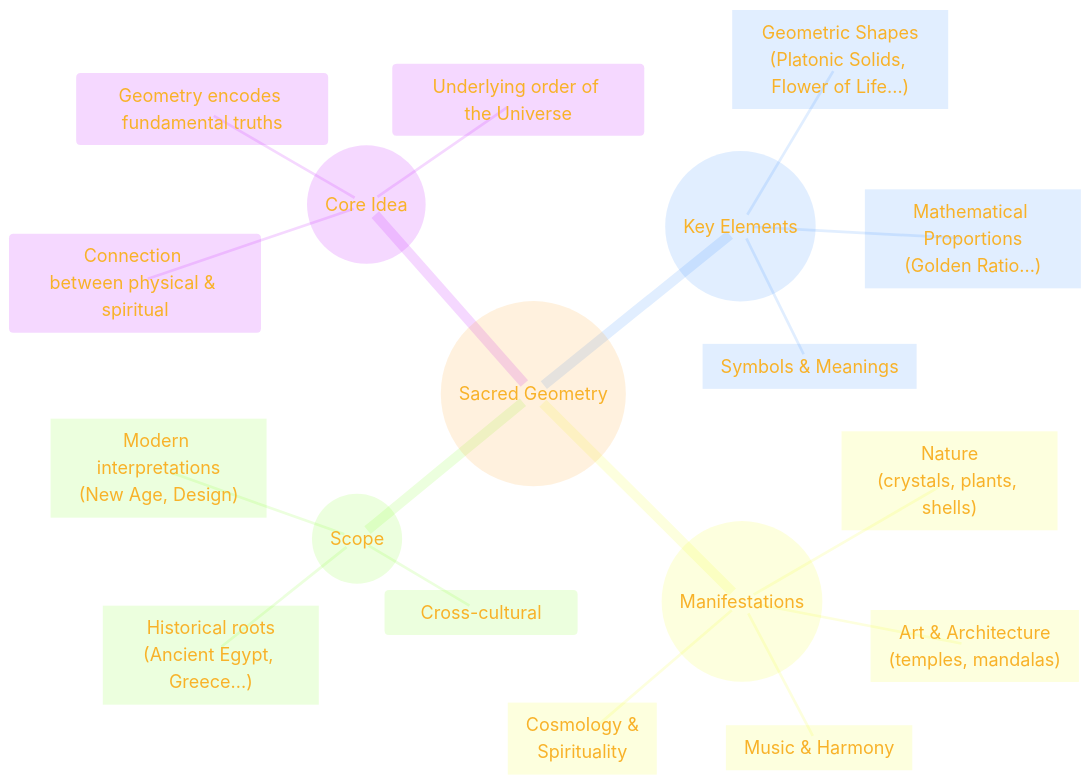
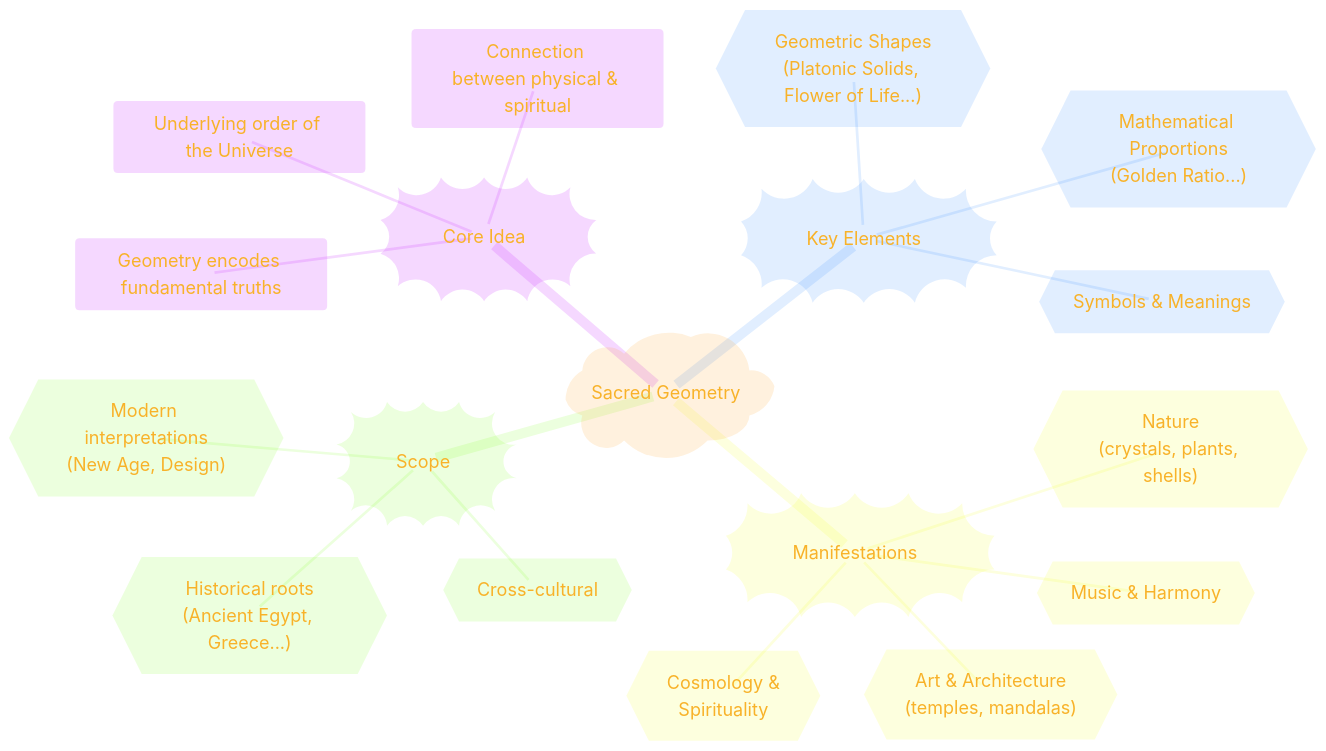
Before and after one commit to CongLeSolutionX/Harmonic_Atomica: the first of 7 diagrams in Understanding_Sacred_Geometry.md, drawn with Mermaid.

````diff
--- a/Understanding_Sacred_Geometry.md
+++ b/Understanding_Sacred_Geometry.md
@@ -27,51 +27,51 @@
 ```mermaid
 ---
 title: "The Blueprint of Existence?"
 author: "Cong Le"
 version: "1.0"
 license(s): "MIT, CC BY-SA 4.0"
 copyright: "Copyright (c) 2025 Cong Le. All Rights Reserved."
 config:
   theme: base
 ---
 %%%%%%%% Mermaid version v11.4.1-b.14
 %%{
   init: {
     'fontFamily': 'Luminari, monospace',
     'logLevel': 'fatal',
     'mindmap': {
 	    'nodeAlign': 'center',
 	    'padding': 20
     },
     'themeVariables': {
       'primaryColor': '#FC82',
       'primaryTextColor': '#F8B229',
       'primaryBorderColor': '#27AE60',
       'secondaryColor': '#EBF3',
       'secondaryTextColor': '#6C3483',
       'secondaryBorderColor': '#A569BD',
       'fontSize': '20px'
     }
   }
 }%%
 mindmap
-    root((Sacred Geometry))
-        Core_Idea(("Core Idea"))
+    root)"Sacred Geometry"(
+        Core_Idea))"Core Idea"((
             Geometry encodes fundamental truths
             Underlying order of the Universe
             Connection between physical & spiritual
-        Key_Elements(("Key Elements"))
-            Geometric_Shapes["Geometric Shapes<br/>(Platonic Solids, Flower of Life...)"]
-            Mathematical_Proportions["Mathematical Proportions<br/>(Golden Ratio...)"]
-            Symbols_and_Meanings["Symbols & Meanings"]
-        Manifestations(("Manifestations"))
-            Nature["Nature<br/>(crystals, plants, shells)"]
-            Art_and_Architecture["Art & Architecture<br/>(temples, mandalas)"]
-            Music_and_Harmony["Music & Harmony"]
-            Cosmology_and_Spirituality["Cosmology &<br/> Spirituality"]
-        Scope(("Scope"))
-            Cross-cultural
-            Historical_roots["Historical roots<br/>(Ancient Egypt, Greece...)"]
-            Modern_interpretations["Modern interpretations<br/>(New Age, Design)"]
+        Key_Elements))"Key Elements"((
+            Geometric_Shapes{{"Geometric Shapes<br/>(Platonic Solids, Flower of Life...)"}}
+            Mathematical_Proportions{{"Mathematical Proportions<br/>(Golden Ratio...)"}}
+            Symbols_and_Meanings{{"Symbols & Meanings"}}
+        Manifestations))"Manifestations"((
+            Nature{{"Nature<br/>(crystals, plants, shells)"}}
+            Art_and_Architecture{{"Art & Architecture<br/>(temples, mandalas)"}}
+            Music_and_Harmony{{"Music & Harmony"}}
+            Cosmology_and_Spirituality{{"Cosmology &<br/> Spirituality"}}
+        Scope))"Scope"((
+            Cross_cultural{{"Cross-cultural"}}
+            Historical_roots{{"Historical roots<br/>(Ancient Egypt, Greece...)"}}
+            Modern_interpretations{{"Modern interpretations<br/>(New Age, Design)"}}
 
 ```
````
